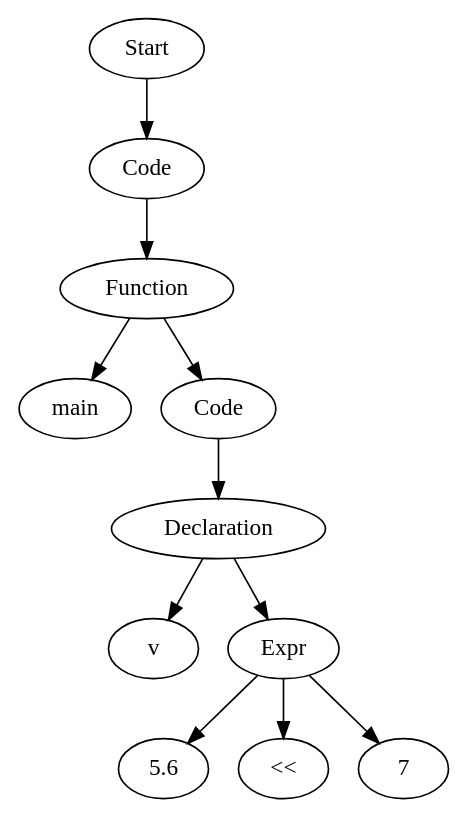
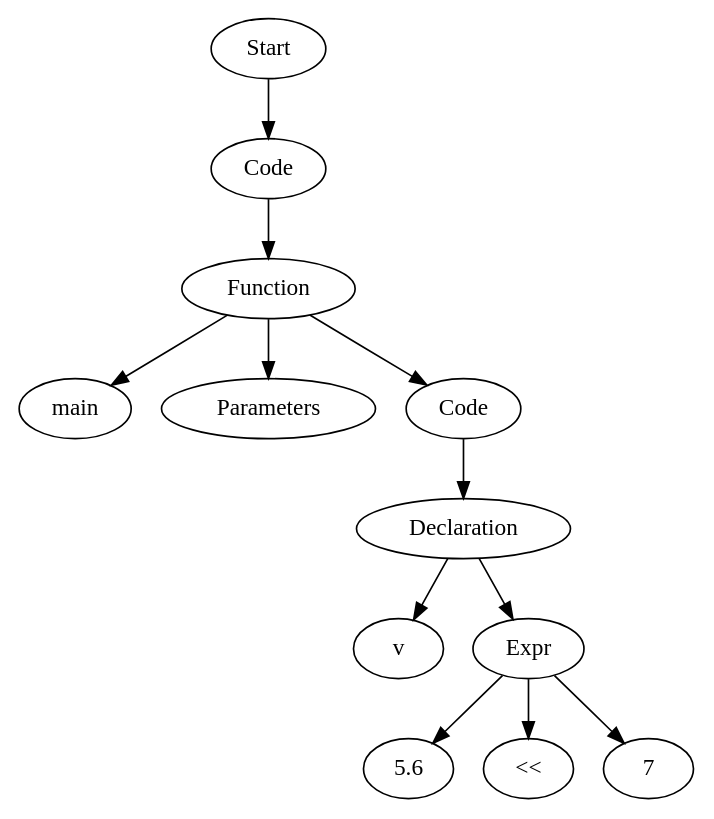
The diagram in TestCases/ASTTests/ConstantFoldingTests/CreateTests/read_file_before.dot (Are-you-listening/Compilers), drawn with Graphviz before and after one commit. The commit also changed 85 other files, not shown here.

```diff
--- a/TestCases/ASTTests/ConstantFoldingTests/CreateTests/read_file_before.dot
+++ b/TestCases/ASTTests/ConstantFoldingTests/CreateTests/read_file_before.dot
@@ -1,23 +1,25 @@
 digraph AST {
-  "124588110725024" [label="Start"];
-  "124588110725024" -> "124588110721808";
-  "124588110721808" [label="Code"];
-  "124588110721808" -> "124588110717104";
-  "124588110717104" [label="Function"];
-  "124588110717104" -> "124588110724880";
-  "124588110717104" -> "124588110724832";
-  "124588110724880" [label="main"];
-  "124588110724832" [label="Code"];
-  "124588110724832" -> "124588110724304";
-  "124588110724304" [label="Declaration"];
-  "124588110724304" -> "124588110724160";
-  "124588110724304" -> "124588110723200";
-  "124588110724160" [label="v"];
-  "124588110723200" [label="Expr"];
-  "124588110723200" -> "124588110722720";
-  "124588110723200" -> "124588110723488";
-  "124588110723200" -> "124588110722672";
-  "124588110722720" [label="5.6"];
-  "124588110723488" [label="<<"];
-  "124588110722672" [label="7"];
+  "135012057602400" [label="Start"];
+  "135012057602400" -> "135012057605712";
+  "135012057605712" [label="Code"];
+  "135012057605712" -> "135012057605952";
+  "135012057605952" [label="Function"];
+  "135012057605952" -> "135012057603552";
+  "135012057605952" -> "135012057607776";
+  "135012057605952" -> "135012057610128";
+  "135012057603552" [label="main"];
+  "135012057607776" [label="Parameters"];
+  "135012057610128" [label="Code"];
+  "135012057610128" -> "135012057602016";
+  "135012057602016" [label="Declaration"];
+  "135012057602016" -> "135012057601824";
+  "135012057602016" -> "135012057611280";
+  "135012057601824" [label="v"];
+  "135012057611280" [label="Expr"];
+  "135012057611280" -> "135012057597504";
+  "135012057611280" -> "135012057599424";
+  "135012057611280" -> "135012057603216";
+  "135012057597504" [label="5.6"];
+  "135012057599424" [label="<<"];
+  "135012057603216" [label="7"];
 }
```
